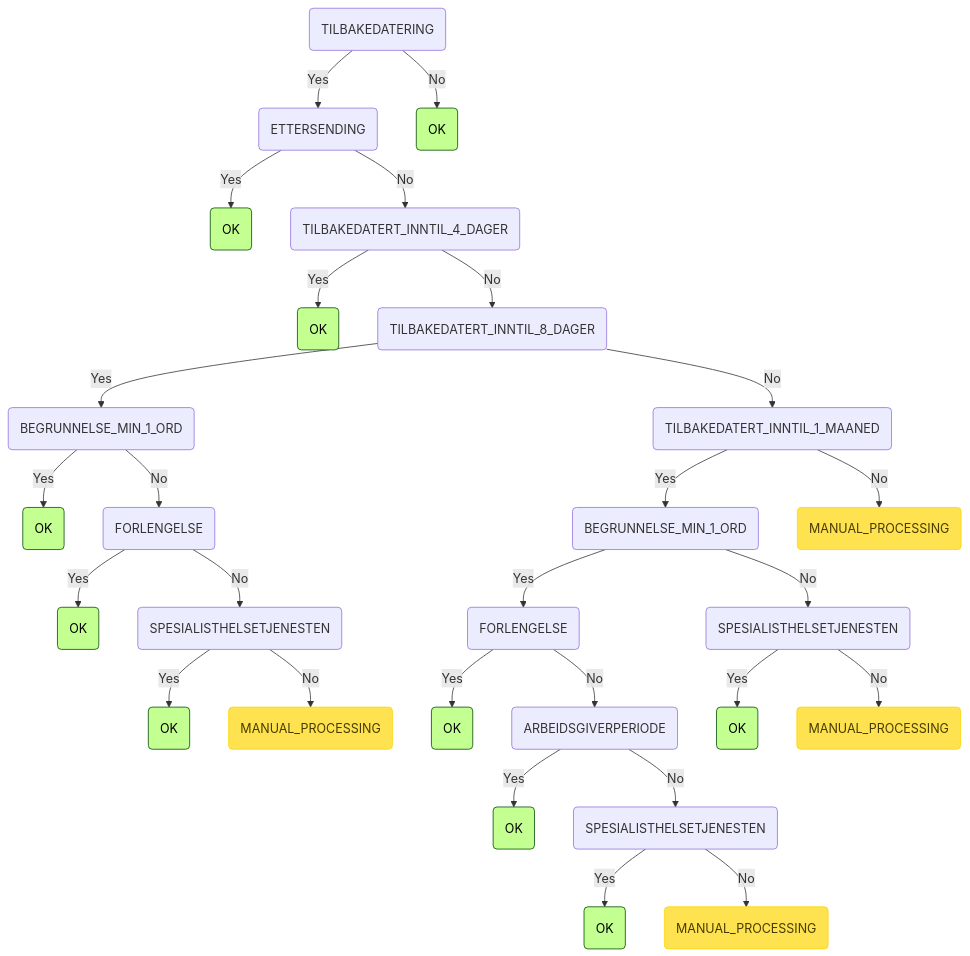
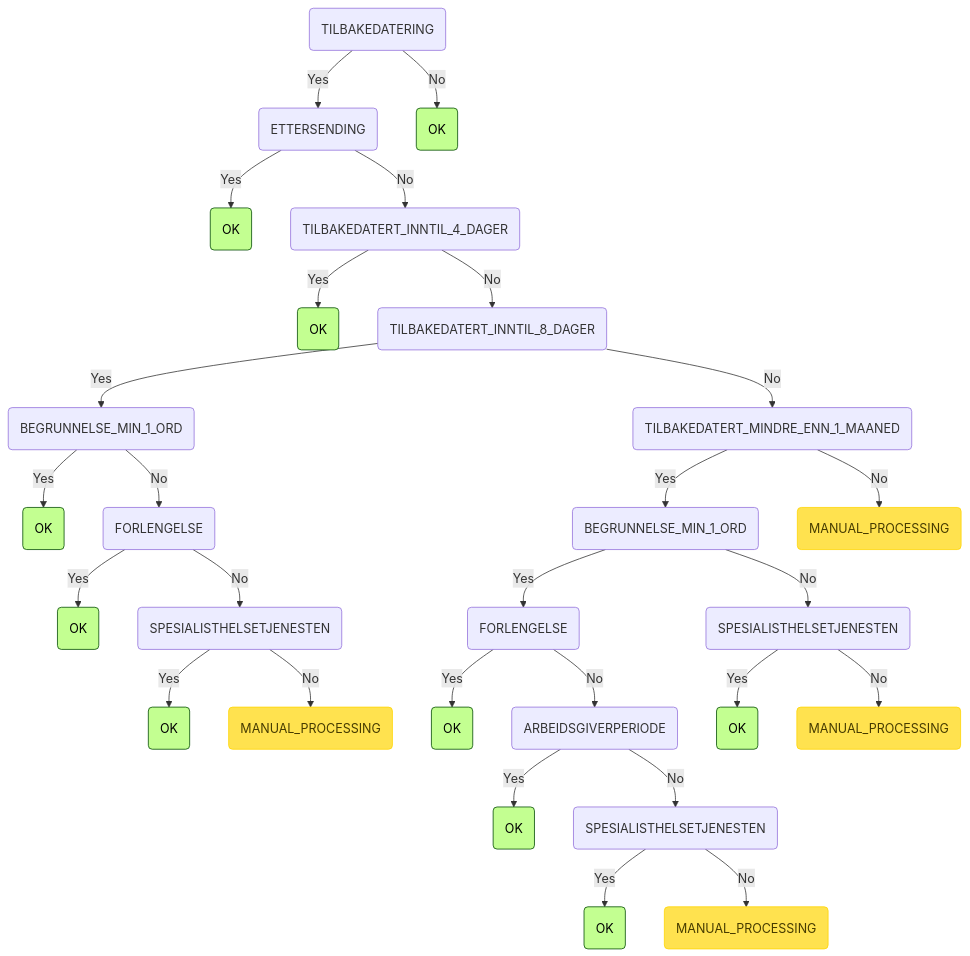
One commit to navikt/syfosmpapirregler changed the eighth of 8 diagrams in README.md. Above: the diagram before and after it, drawn with Mermaid. The commit also changed 3 other files, not shown here.

Commit message:
chore: mindre enn 1 mnd (#234)

````diff
--- a/README.md
+++ b/README.md
@@ -249,32 +249,32 @@
 ```mermaid
 graph TD
     root(TILBAKEDATERING) -->|Yes| root_TILBAKEDATERING_ETTERSENDING(ETTERSENDING)
     root_TILBAKEDATERING_ETTERSENDING(ETTERSENDING) -->|Yes| root_TILBAKEDATERING_ETTERSENDING_OK(OK):::ok
     root_TILBAKEDATERING_ETTERSENDING(ETTERSENDING) -->|No| root_TILBAKEDATERING_ETTERSENDING_TILBAKEDATERT_INNTIL_4_DAGER(TILBAKEDATERT_INNTIL_4_DAGER)
     root_TILBAKEDATERING_ETTERSENDING_TILBAKEDATERT_INNTIL_4_DAGER(TILBAKEDATERT_INNTIL_4_DAGER) -->|Yes| root_TILBAKEDATERING_ETTERSENDING_TILBAKEDATERT_INNTIL_4_DAGER_OK(OK):::ok
     root_TILBAKEDATERING_ETTERSENDING_TILBAKEDATERT_INNTIL_4_DAGER(TILBAKEDATERT_INNTIL_4_DAGER) -->|No| root_TILBAKEDATERING_ETTERSENDING_TILBAKEDATERT_INNTIL_4_DAGER_TILBAKEDATERT_INNTIL_8_DAGER(TILBAKEDATERT_INNTIL_8_DAGER)
     root_TILBAKEDATERING_ETTERSENDING_TILBAKEDATERT_INNTIL_4_DAGER_TILBAKEDATERT_INNTIL_8_DAGER(TILBAKEDATERT_INNTIL_8_DAGER) -->|Yes| root_TILBAKEDATERING_ETTERSENDING_TILBAKEDATERT_INNTIL_4_DAGER_TILBAKEDATERT_INNTIL_8_DAGER_BEGRUNNELSE_MIN_1_ORD(BEGRUNNELSE_MIN_1_ORD)
     root_TILBAKEDATERING_ETTERSENDING_TILBAKEDATERT_INNTIL_4_DAGER_TILBAKEDATERT_INNTIL_8_DAGER_BEGRUNNELSE_MIN_1_ORD(BEGRUNNELSE_MIN_1_ORD) -->|Yes| root_TILBAKEDATERING_ETTERSENDING_TILBAKEDATERT_INNTIL_4_DAGER_TILBAKEDATERT_INNTIL_8_DAGER_BEGRUNNELSE_MIN_1_ORD_OK(OK):::ok
     root_TILBAKEDATERING_ETTERSENDING_TILBAKEDATERT_INNTIL_4_DAGER_TILBAKEDATERT_INNTIL_8_DAGER_BEGRUNNELSE_MIN_1_ORD(BEGRUNNELSE_MIN_1_ORD) -->|No| root_TILBAKEDATERING_ETTERSENDING_TILBAKEDATERT_INNTIL_4_DAGER_TILBAKEDATERT_INNTIL_8_DAGER_BEGRUNNELSE_MIN_1_ORD_FORLENGELSE(FORLENGELSE)
     root_TILBAKEDATERING_ETTERSENDING_TILBAKEDATERT_INNTIL_4_DAGER_TILBAKEDATERT_INNTIL_8_DAGER_BEGRUNNELSE_MIN_1_ORD_FORLENGELSE(FORLENGELSE) -->|Yes| root_TILBAKEDATERING_ETTERSENDING_TILBAKEDATERT_INNTIL_4_DAGER_TILBAKEDATERT_INNTIL_8_DAGER_BEGRUNNELSE_MIN_1_ORD_FORLENGELSE_OK(OK):::ok
     root_TILBAKEDATERING_ETTERSENDING_TILBAKEDATERT_INNTIL_4_DAGER_TILBAKEDATERT_INNTIL_8_DAGER_BEGRUNNELSE_MIN_1_ORD_FORLENGELSE(FORLENGELSE) -->|No| root_TILBAKEDATERING_ETTERSENDING_TILBAKEDATERT_INNTIL_4_DAGER_TILBAKEDATERT_INNTIL_8_DAGER_BEGRUNNELSE_MIN_1_ORD_FORLENGELSE_SPESIALISTHELSETJENESTEN(SPESIALISTHELSETJENESTEN)
     root_TILBAKEDATERING_ETTERSENDING_TILBAKEDATERT_INNTIL_4_DAGER_TILBAKEDATERT_INNTIL_8_DAGER_BEGRUNNELSE_MIN_1_ORD_FORLENGELSE_SPESIALISTHELSETJENESTEN(SPESIALISTHELSETJENESTEN) -->|Yes| root_TILBAKEDATERING_ETTERSENDING_TILBAKEDATERT_INNTIL_4_DAGER_TILBAKEDATERT_INNTIL_8_DAGER_BEGRUNNELSE_MIN_1_ORD_FORLENGELSE_SPESIALISTHELSETJENESTEN_OK(OK):::ok
     root_TILBAKEDATERING_ETTERSENDING_TILBAKEDATERT_INNTIL_4_DAGER_TILBAKEDATERT_INNTIL_8_DAGER_BEGRUNNELSE_MIN_1_ORD_FORLENGELSE_SPESIALISTHELSETJENESTEN(SPESIALISTHELSETJENESTEN) -->|No| root_TILBAKEDATERING_ETTERSENDING_TILBAKEDATERT_INNTIL_4_DAGER_TILBAKEDATERT_INNTIL_8_DAGER_BEGRUNNELSE_MIN_1_ORD_FORLENGELSE_SPESIALISTHELSETJENESTEN_MANUAL_PROCESSING(MANUAL_PROCESSING):::manuell
-    root_TILBAKEDATERING_ETTERSENDING_TILBAKEDATERT_INNTIL_4_DAGER_TILBAKEDATERT_INNTIL_8_DAGER(TILBAKEDATERT_INNTIL_8_DAGER) -->|No| root_TILBAKEDATERING_ETTERSENDING_TILBAKEDATERT_INNTIL_4_DAGER_TILBAKEDATERT_INNTIL_8_DAGER_TILBAKEDATERT_INNTIL_1_MAANED(TILBAKEDATERT_INNTIL_1_MAANED)
-    root_TILBAKEDATERING_ETTERSENDING_TILBAKEDATERT_INNTIL_4_DAGER_TILBAKEDATERT_INNTIL_8_DAGER_TILBAKEDATERT_INNTIL_1_MAANED(TILBAKEDATERT_INNTIL_1_MAANED) -->|Yes| root_TILBAKEDATERING_ETTERSENDING_TILBAKEDATERT_INNTIL_4_DAGER_TILBAKEDATERT_INNTIL_8_DAGER_TILBAKEDATERT_INNTIL_1_MAANED_BEGRUNNELSE_MIN_1_ORD(BEGRUNNELSE_MIN_1_ORD)
-    root_TILBAKEDATERING_ETTERSENDING_TILBAKEDATERT_INNTIL_4_DAGER_TILBAKEDATERT_INNTIL_8_DAGER_TILBAKEDATERT_INNTIL_1_MAANED_BEGRUNNELSE_MIN_1_ORD(BEGRUNNELSE_MIN_1_ORD) -->|Yes| root_TILBAKEDATERING_ETTERSENDING_TILBAKEDATERT_INNTIL_4_DAGER_TILBAKEDATERT_INNTIL_8_DAGER_TILBAKEDATERT_INNTIL_1_MAANED_BEGRUNNELSE_MIN_1_ORD_FORLENGELSE(FORLENGELSE)
-    root_TILBAKEDATERING_ETTERSENDING_TILBAKEDATERT_INNTIL_4_DAGER_TILBAKEDATERT_INNTIL_8_DAGER_TILBAKEDATERT_INNTIL_1_MAANED_BEGRUNNELSE_MIN_1_ORD_FORLENGELSE(FORLENGELSE) -->|Yes| root_TILBAKEDATERING_ETTERSENDING_TILBAKEDATERT_INNTIL_4_DAGER_TILBAKEDATERT_INNTIL_8_DAGER_TILBAKEDATERT_INNTIL_1_MAANED_BEGRUNNELSE_MIN_1_ORD_FORLENGELSE_OK(OK):::ok
-    root_TILBAKEDATERING_ETTERSENDING_TILBAKEDATERT_INNTIL_4_DAGER_TILBAKEDATERT_INNTIL_8_DAGER_TILBAKEDATERT_INNTIL_1_MAANED_BEGRUNNELSE_MIN_1_ORD_FORLENGELSE(FORLENGELSE) -->|No| root_TILBAKEDATERING_ETTERSENDING_TILBAKEDATERT_INNTIL_4_DAGER_TILBAKEDATERT_INNTIL_8_DAGER_TILBAKEDATERT_INNTIL_1_MAANED_BEGRUNNELSE_MIN_1_ORD_FORLENGELSE_ARBEIDSGIVERPERIODE(ARBEIDSGIVERPERIODE)
-    root_TILBAKEDATERING_ETTERSENDING_TILBAKEDATERT_INNTIL_4_DAGER_TILBAKEDATERT_INNTIL_8_DAGER_TILBAKEDATERT_INNTIL_1_MAANED_BEGRUNNELSE_MIN_1_ORD_FORLENGELSE_ARBEIDSGIVERPERIODE(ARBEIDSGIVERPERIODE) -->|Yes| root_TILBAKEDATERING_ETTERSENDING_TILBAKEDATERT_INNTIL_4_DAGER_TILBAKEDATERT_INNTIL_8_DAGER_TILBAKEDATERT_INNTIL_1_MAANED_BEGRUNNELSE_MIN_1_ORD_FORLENGELSE_ARBEIDSGIVERPERIODE_OK(OK):::ok
-    root_TILBAKEDATERING_ETTERSENDING_TILBAKEDATERT_INNTIL_4_DAGER_TILBAKEDATERT_INNTIL_8_DAGER_TILBAKEDATERT_INNTIL_1_MAANED_BEGRUNNELSE_MIN_1_ORD_FORLENGELSE_ARBEIDSGIVERPERIODE(ARBEIDSGIVERPERIODE) -->|No| root_TILBAKEDATERING_ETTERSENDING_TILBAKEDATERT_INNTIL_4_DAGER_TILBAKEDATERT_INNTIL_8_DAGER_TILBAKEDATERT_INNTIL_1_MAANED_BEGRUNNELSE_MIN_1_ORD_FORLENGELSE_ARBEIDSGIVERPERIODE_SPESIALISTHELSETJENESTEN(SPESIALISTHELSETJENESTEN)
-    root_TILBAKEDATERING_ETTERSENDING_TILBAKEDATERT_INNTIL_4_DAGER_TILBAKEDATERT_INNTIL_8_DAGER_TILBAKEDATERT_INNTIL_1_MAANED_BEGRUNNELSE_MIN_1_ORD_FORLENGELSE_ARBEIDSGIVERPERIODE_SPESIALISTHELSETJENESTEN(SPESIALISTHELSETJENESTEN) -->|Yes| root_TILBAKEDATERING_ETTERSENDING_TILBAKEDATERT_INNTIL_4_DAGER_TILBAKEDATERT_INNTIL_8_DAGER_TILBAKEDATERT_INNTIL_1_MAANED_BEGRUNNELSE_MIN_1_ORD_FORLENGELSE_ARBEIDSGIVERPERIODE_SPESIALISTHELSETJENESTEN_OK(OK):::ok
-    root_TILBAKEDATERING_ETTERSENDING_TILBAKEDATERT_INNTIL_4_DAGER_TILBAKEDATERT_INNTIL_8_DAGER_TILBAKEDATERT_INNTIL_1_MAANED_BEGRUNNELSE_MIN_1_ORD_FORLENGELSE_ARBEIDSGIVERPERIODE_SPESIALISTHELSETJENESTEN(SPESIALISTHELSETJENESTEN) -->|No| root_TILBAKEDATERING_ETTERSENDING_TILBAKEDATERT_INNTIL_4_DAGER_TILBAKEDATERT_INNTIL_8_DAGER_TILBAKEDATERT_INNTIL_1_MAANED_BEGRUNNELSE_MIN_1_ORD_FORLENGELSE_ARBEIDSGIVERPERIODE_SPESIALISTHELSETJENESTEN_MANUAL_PROCESSING(MANUAL_PROCESSING):::manuell
-    root_TILBAKEDATERING_ETTERSENDING_TILBAKEDATERT_INNTIL_4_DAGER_TILBAKEDATERT_INNTIL_8_DAGER_TILBAKEDATERT_INNTIL_1_MAANED_BEGRUNNELSE_MIN_1_ORD(BEGRUNNELSE_MIN_1_ORD) -->|No| root_TILBAKEDATERING_ETTERSENDING_TILBAKEDATERT_INNTIL_4_DAGER_TILBAKEDATERT_INNTIL_8_DAGER_TILBAKEDATERT_INNTIL_1_MAANED_BEGRUNNELSE_MIN_1_ORD_SPESIALISTHELSETJENESTEN(SPESIALISTHELSETJENESTEN)
-    root_TILBAKEDATERING_ETTERSENDING_TILBAKEDATERT_INNTIL_4_DAGER_TILBAKEDATERT_INNTIL_8_DAGER_TILBAKEDATERT_INNTIL_1_MAANED_BEGRUNNELSE_MIN_1_ORD_SPESIALISTHELSETJENESTEN(SPESIALISTHELSETJENESTEN) -->|Yes| root_TILBAKEDATERING_ETTERSENDING_TILBAKEDATERT_INNTIL_4_DAGER_TILBAKEDATERT_INNTIL_8_DAGER_TILBAKEDATERT_INNTIL_1_MAANED_BEGRUNNELSE_MIN_1_ORD_SPESIALISTHELSETJENESTEN_OK(OK):::ok
-    root_TILBAKEDATERING_ETTERSENDING_TILBAKEDATERT_INNTIL_4_DAGER_TILBAKEDATERT_INNTIL_8_DAGER_TILBAKEDATERT_INNTIL_1_MAANED_BEGRUNNELSE_MIN_1_ORD_SPESIALISTHELSETJENESTEN(SPESIALISTHELSETJENESTEN) -->|No| root_TILBAKEDATERING_ETTERSENDING_TILBAKEDATERT_INNTIL_4_DAGER_TILBAKEDATERT_INNTIL_8_DAGER_TILBAKEDATERT_INNTIL_1_MAANED_BEGRUNNELSE_MIN_1_ORD_SPESIALISTHELSETJENESTEN_MANUAL_PROCESSING(MANUAL_PROCESSING):::manuell
-    root_TILBAKEDATERING_ETTERSENDING_TILBAKEDATERT_INNTIL_4_DAGER_TILBAKEDATERT_INNTIL_8_DAGER_TILBAKEDATERT_INNTIL_1_MAANED(TILBAKEDATERT_INNTIL_1_MAANED) -->|No| root_TILBAKEDATERING_ETTERSENDING_TILBAKEDATERT_INNTIL_4_DAGER_TILBAKEDATERT_INNTIL_8_DAGER_TILBAKEDATERT_INNTIL_1_MAANED_MANUAL_PROCESSING(MANUAL_PROCESSING):::manuell
+    root_TILBAKEDATERING_ETTERSENDING_TILBAKEDATERT_INNTIL_4_DAGER_TILBAKEDATERT_INNTIL_8_DAGER(TILBAKEDATERT_INNTIL_8_DAGER) -->|No| root_TILBAKEDATERING_ETTERSENDING_TILBAKEDATERT_INNTIL_4_DAGER_TILBAKEDATERT_INNTIL_8_DAGER_TILBAKEDATERT_MINDRE_ENN_1_MAANED(TILBAKEDATERT_MINDRE_ENN_1_MAANED)
+    root_TILBAKEDATERING_ETTERSENDING_TILBAKEDATERT_INNTIL_4_DAGER_TILBAKEDATERT_INNTIL_8_DAGER_TILBAKEDATERT_MINDRE_ENN_1_MAANED(TILBAKEDATERT_MINDRE_ENN_1_MAANED) -->|Yes| root_TILBAKEDATERING_ETTERSENDING_TILBAKEDATERT_INNTIL_4_DAGER_TILBAKEDATERT_INNTIL_8_DAGER_TILBAKEDATERT_MINDRE_ENN_1_MAANED_BEGRUNNELSE_MIN_1_ORD(BEGRUNNELSE_MIN_1_ORD)
+    root_TILBAKEDATERING_ETTERSENDING_TILBAKEDATERT_INNTIL_4_DAGER_TILBAKEDATERT_INNTIL_8_DAGER_TILBAKEDATERT_MINDRE_ENN_1_MAANED_BEGRUNNELSE_MIN_1_ORD(BEGRUNNELSE_MIN_1_ORD) -->|Yes| root_TILBAKEDATERING_ETTERSENDING_TILBAKEDATERT_INNTIL_4_DAGER_TILBAKEDATERT_INNTIL_8_DAGER_TILBAKEDATERT_MINDRE_ENN_1_MAANED_BEGRUNNELSE_MIN_1_ORD_FORLENGELSE(FORLENGELSE)
+    root_TILBAKEDATERING_ETTERSENDING_TILBAKEDATERT_INNTIL_4_DAGER_TILBAKEDATERT_INNTIL_8_DAGER_TILBAKEDATERT_MINDRE_ENN_1_MAANED_BEGRUNNELSE_MIN_1_ORD_FORLENGELSE(FORLENGELSE) -->|Yes| root_TILBAKEDATERING_ETTERSENDING_TILBAKEDATERT_INNTIL_4_DAGER_TILBAKEDATERT_INNTIL_8_DAGER_TILBAKEDATERT_MINDRE_ENN_1_MAANED_BEGRUNNELSE_MIN_1_ORD_FORLENGELSE_OK(OK):::ok
+    root_TILBAKEDATERING_ETTERSENDING_TILBAKEDATERT_INNTIL_4_DAGER_TILBAKEDATERT_INNTIL_8_DAGER_TILBAKEDATERT_MINDRE_ENN_1_MAANED_BEGRUNNELSE_MIN_1_ORD_FORLENGELSE(FORLENGELSE) -->|No| root_TILBAKEDATERING_ETTERSENDING_TILBAKEDATERT_INNTIL_4_DAGER_TILBAKEDATERT_INNTIL_8_DAGER_TILBAKEDATERT_MINDRE_ENN_1_MAANED_BEGRUNNELSE_MIN_1_ORD_FORLENGELSE_ARBEIDSGIVERPERIODE(ARBEIDSGIVERPERIODE)
+    root_TILBAKEDATERING_ETTERSENDING_TILBAKEDATERT_INNTIL_4_DAGER_TILBAKEDATERT_INNTIL_8_DAGER_TILBAKEDATERT_MINDRE_ENN_1_MAANED_BEGRUNNELSE_MIN_1_ORD_FORLENGELSE_ARBEIDSGIVERPERIODE(ARBEIDSGIVERPERIODE) -->|Yes| root_TILBAKEDATERING_ETTERSENDING_TILBAKEDATERT_INNTIL_4_DAGER_TILBAKEDATERT_INNTIL_8_DAGER_TILBAKEDATERT_MINDRE_ENN_1_MAANED_BEGRUNNELSE_MIN_1_ORD_FORLENGELSE_ARBEIDSGIVERPERIODE_OK(OK):::ok
+    root_TILBAKEDATERING_ETTERSENDING_TILBAKEDATERT_INNTIL_4_DAGER_TILBAKEDATERT_INNTIL_8_DAGER_TILBAKEDATERT_MINDRE_ENN_1_MAANED_BEGRUNNELSE_MIN_1_ORD_FORLENGELSE_ARBEIDSGIVERPERIODE(ARBEIDSGIVERPERIODE) -->|No| root_TILBAKEDATERING_ETTERSENDING_TILBAKEDATERT_INNTIL_4_DAGER_TILBAKEDATERT_INNTIL_8_DAGER_TILBAKEDATERT_MINDRE_ENN_1_MAANED_BEGRUNNELSE_MIN_1_ORD_FORLENGELSE_ARBEIDSGIVERPERIODE_SPESIALISTHELSETJENESTEN(SPESIALISTHELSETJENESTEN)
+    root_TILBAKEDATERING_ETTERSENDING_TILBAKEDATERT_INNTIL_4_DAGER_TILBAKEDATERT_INNTIL_8_DAGER_TILBAKEDATERT_MINDRE_ENN_1_MAANED_BEGRUNNELSE_MIN_1_ORD_FORLENGELSE_ARBEIDSGIVERPERIODE_SPESIALISTHELSETJENESTEN(SPESIALISTHELSETJENESTEN) -->|Yes| root_TILBAKEDATERING_ETTERSENDING_TILBAKEDATERT_INNTIL_4_DAGER_TILBAKEDATERT_INNTIL_8_DAGER_TILBAKEDATERT_MINDRE_ENN_1_MAANED_BEGRUNNELSE_MIN_1_ORD_FORLENGELSE_ARBEIDSGIVERPERIODE_SPESIALISTHELSETJENESTEN_OK(OK):::ok
+    root_TILBAKEDATERING_ETTERSENDING_TILBAKEDATERT_INNTIL_4_DAGER_TILBAKEDATERT_INNTIL_8_DAGER_TILBAKEDATERT_MINDRE_ENN_1_MAANED_BEGRUNNELSE_MIN_1_ORD_FORLENGELSE_ARBEIDSGIVERPERIODE_SPESIALISTHELSETJENESTEN(SPESIALISTHELSETJENESTEN) -->|No| root_TILBAKEDATERING_ETTERSENDING_TILBAKEDATERT_INNTIL_4_DAGER_TILBAKEDATERT_INNTIL_8_DAGER_TILBAKEDATERT_MINDRE_ENN_1_MAANED_BEGRUNNELSE_MIN_1_ORD_FORLENGELSE_ARBEIDSGIVERPERIODE_SPESIALISTHELSETJENESTEN_MANUAL_PROCESSING(MANUAL_PROCESSING):::manuell
+    root_TILBAKEDATERING_ETTERSENDING_TILBAKEDATERT_INNTIL_4_DAGER_TILBAKEDATERT_INNTIL_8_DAGER_TILBAKEDATERT_MINDRE_ENN_1_MAANED_BEGRUNNELSE_MIN_1_ORD(BEGRUNNELSE_MIN_1_ORD) -->|No| root_TILBAKEDATERING_ETTERSENDING_TILBAKEDATERT_INNTIL_4_DAGER_TILBAKEDATERT_INNTIL_8_DAGER_TILBAKEDATERT_MINDRE_ENN_1_MAANED_BEGRUNNELSE_MIN_1_ORD_SPESIALISTHELSETJENESTEN(SPESIALISTHELSETJENESTEN)
+    root_TILBAKEDATERING_ETTERSENDING_TILBAKEDATERT_INNTIL_4_DAGER_TILBAKEDATERT_INNTIL_8_DAGER_TILBAKEDATERT_MINDRE_ENN_1_MAANED_BEGRUNNELSE_MIN_1_ORD_SPESIALISTHELSETJENESTEN(SPESIALISTHELSETJENESTEN) -->|Yes| root_TILBAKEDATERING_ETTERSENDING_TILBAKEDATERT_INNTIL_4_DAGER_TILBAKEDATERT_INNTIL_8_DAGER_TILBAKEDATERT_MINDRE_ENN_1_MAANED_BEGRUNNELSE_MIN_1_ORD_SPESIALISTHELSETJENESTEN_OK(OK):::ok
+    root_TILBAKEDATERING_ETTERSENDING_TILBAKEDATERT_INNTIL_4_DAGER_TILBAKEDATERT_INNTIL_8_DAGER_TILBAKEDATERT_MINDRE_ENN_1_MAANED_BEGRUNNELSE_MIN_1_ORD_SPESIALISTHELSETJENESTEN(SPESIALISTHELSETJENESTEN) -->|No| root_TILBAKEDATERING_ETTERSENDING_TILBAKEDATERT_INNTIL_4_DAGER_TILBAKEDATERT_INNTIL_8_DAGER_TILBAKEDATERT_MINDRE_ENN_1_MAANED_BEGRUNNELSE_MIN_1_ORD_SPESIALISTHELSETJENESTEN_MANUAL_PROCESSING(MANUAL_PROCESSING):::manuell
+    root_TILBAKEDATERING_ETTERSENDING_TILBAKEDATERT_INNTIL_4_DAGER_TILBAKEDATERT_INNTIL_8_DAGER_TILBAKEDATERT_MINDRE_ENN_1_MAANED(TILBAKEDATERT_MINDRE_ENN_1_MAANED) -->|No| root_TILBAKEDATERING_ETTERSENDING_TILBAKEDATERT_INNTIL_4_DAGER_TILBAKEDATERT_INNTIL_8_DAGER_TILBAKEDATERT_MINDRE_ENN_1_MAANED_MANUAL_PROCESSING(MANUAL_PROCESSING):::manuell
     root(TILBAKEDATERING) -->|No| root_TILBAKEDATERING_OK(OK):::ok
     classDef ok fill:#c3ff91,stroke:#004a00,color: black;
     classDef invalid fill:#ff7373,stroke:#ff0000,color: black;
     classDef manuell fill:#ffe24f,stroke:#ffd500,color: #473c00;
 ```
````
